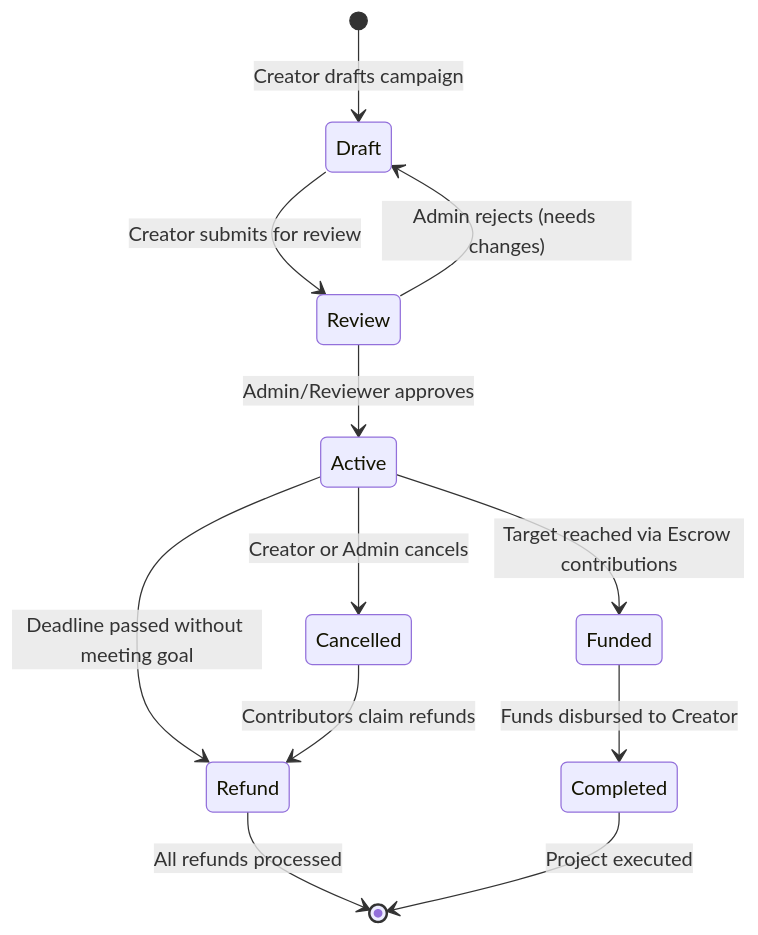
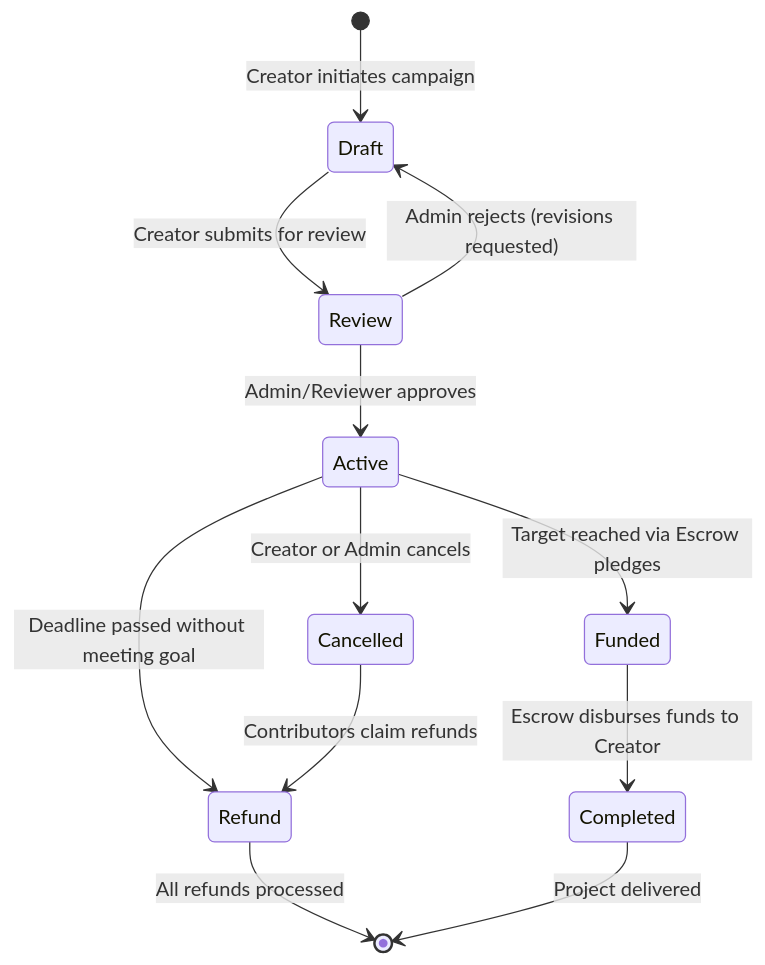
The second of 4 diagrams in docs/architecture.md (sanchayanghosh07/FundCircle), drawn with Mermaid before and after one commit. The commit also changed other lines of this file, not shown here.

Commit message:
chore: establish FundCircle architecture

````diff
--- a/docs/architecture.md
+++ b/docs/architecture.md
@@ -46,14 +50,14 @@
 ```mermaid
 stateDiagram-v2
-    [*] --> Draft: Creator drafts campaign
+    [*] --> Draft: Creator initiates campaign
     Draft --> Review: Creator submits for review
     Review --> Active: Admin/Reviewer approves
-    Review --> Draft: Admin rejects (needs changes)
-    Active --> Funded: Target reached via Escrow contributions
+    Review --> Draft: Admin rejects (revisions requested)
+    Active --> Funded: Target reached via Escrow pledges
     Active --> Cancelled: Creator or Admin cancels
     Active --> Refund: Deadline passed without meeting goal
-    Funded --> Completed: Funds disbursed to Creator
+    Funded --> Completed: Escrow disburses funds to Creator
     Cancelled --> Refund: Contributors claim refunds
     Refund --> [*]: All refunds processed
-    Completed --> [*]: Project executed
+    Completed --> [*]: Project delivered
 ```
````
